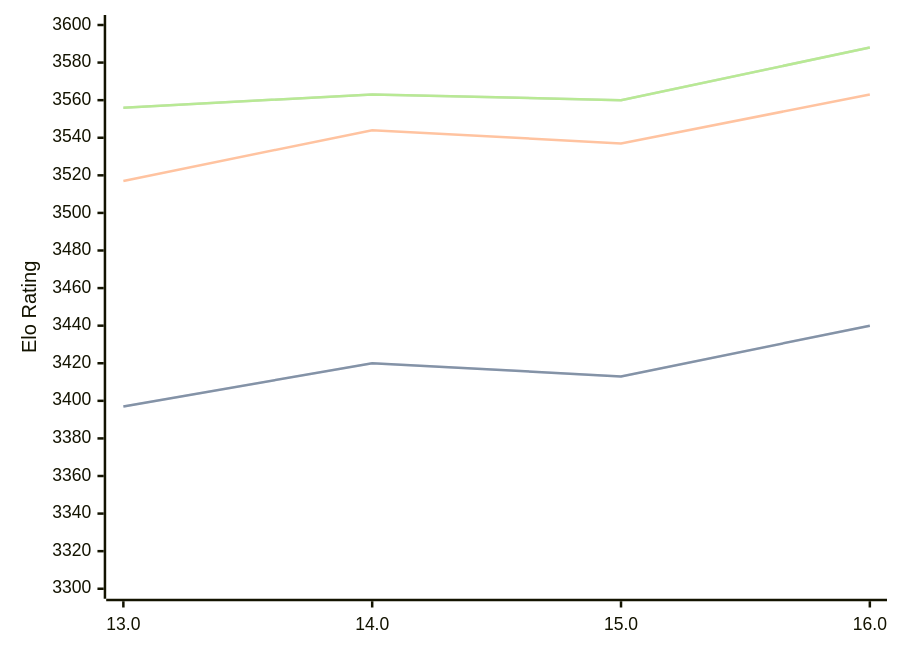
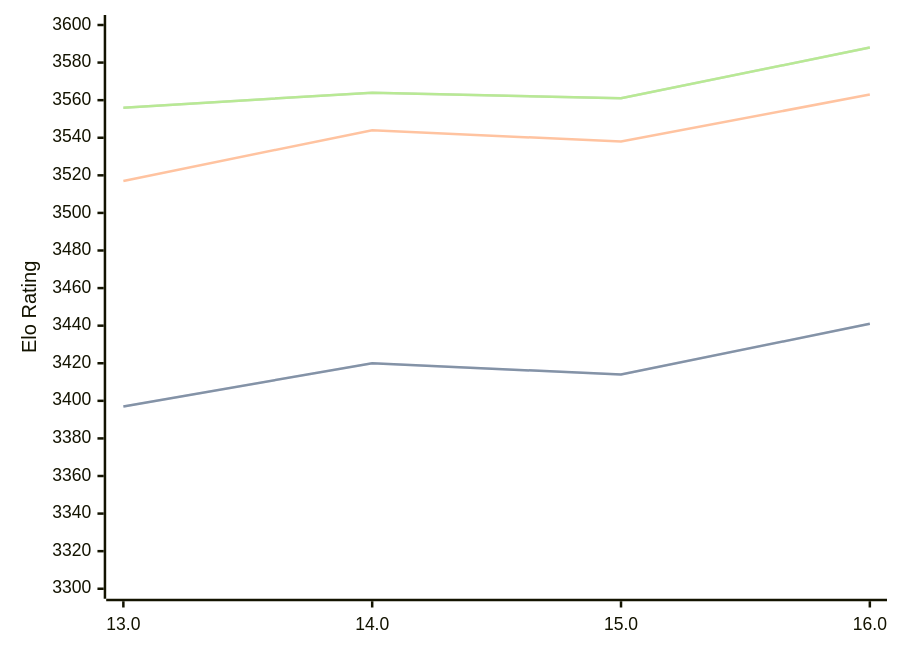
Before and after one commit to computer-chess-index/cci: the diagram in engines/Obsidian.md, drawn with Mermaid. The commit also changed other lines of this file, not shown here.

Commit message:
Update CCI Ratings (ELO VLTC) - 2026-09-09

````diff
--- a/engines/Obsidian.md
+++ b/engines/Obsidian.md
@@ -34,11 +34,11 @@
 ```mermaid
 %%{init: {"theme":"base","themeVariables":{"seriesColors:['#a3a3a3','#222221','#faa371']}}}%%
 xychart-beta
   x-axis ["13.0", "14.0", "15.0", "16.0"]
   y-axis "Elo Rating" 3300 --> 3600
-  line "" [3397, 3420, 3413, 3440]
-  line "STC (8.0+0.08s)" [3397, 3420, 3413, 3440]
-  line "LTC (60.0+0.60s)" [3517, 3544, 3537, 3563]
-  line "" [3556, 3563, 3560, 3588]
-  line "VLTC (2m24s+1.12s)" [3556, 3563, 3560, 3588]
+  line "" [3397, 3420, 3414, 3441]
+  line "STC (8.0+0.08s)" [3397, 3420, 3414, 3441]
+  line "LTC (60.0+0.60s)" [3517, 3544, 3538, 3563]
+  line "" [3556, 3564, 3561, 3588]
+  line "VLTC (2m24s+1.12s)" [3556, 3564, 3561, 3588]
 ```
````
